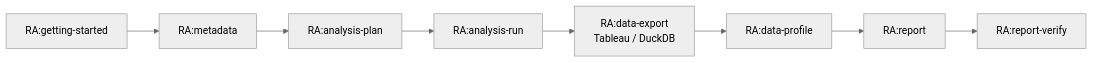
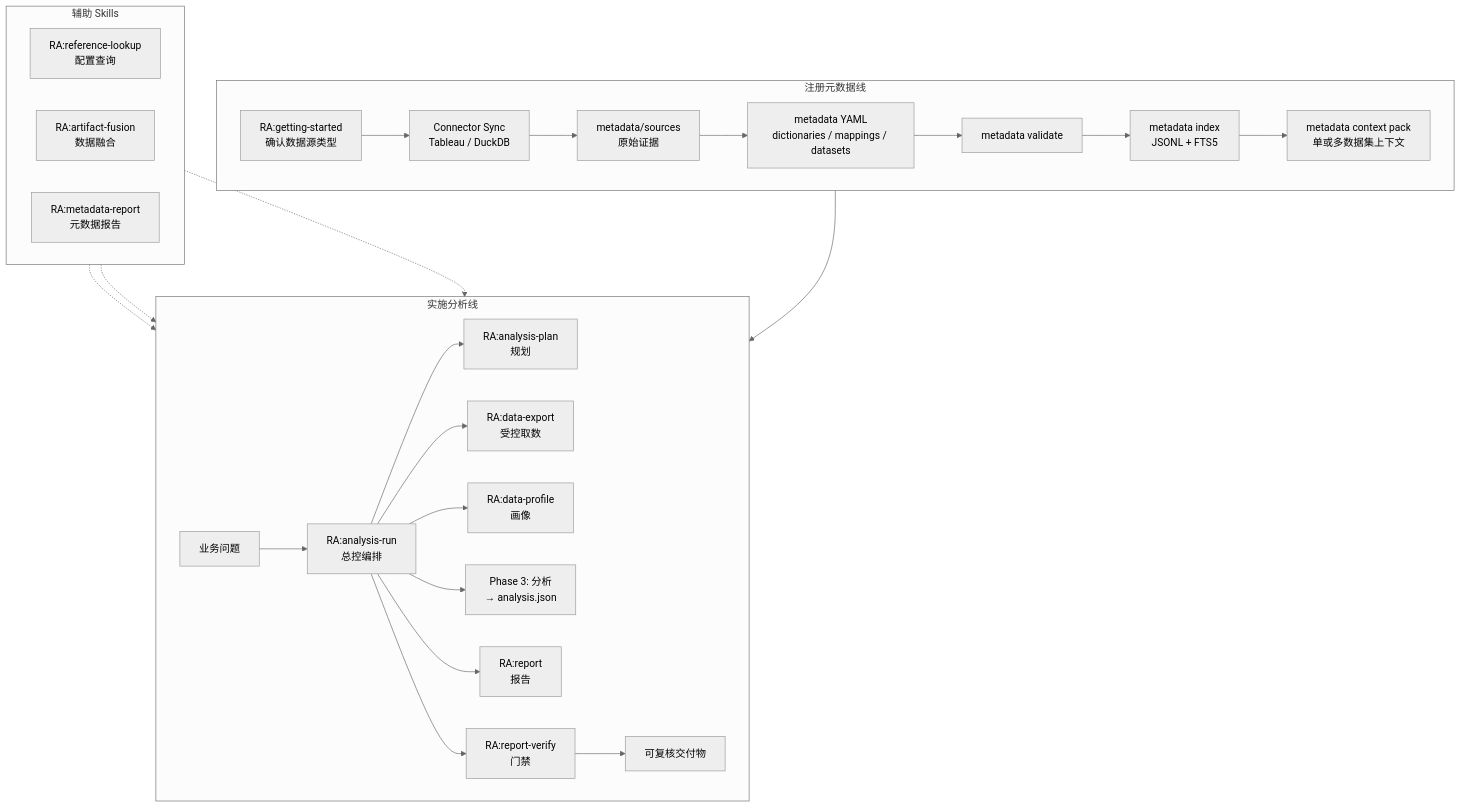
The first of 4 diagrams in skills/README.md (dabaige53/RealAnalyst), drawn with Mermaid (neutral theme) before and after one commit. The commit also changed other lines of this file and 62 other files, not shown here.

````diff
--- a/skills/README.md
+++ b/skills/README.md
@@ -9,10 +31,36 @@
 ```mermaid
-flowchart LR
-    Start[RA:getting-started] --> Meta[RA:metadata]
-    Meta --> Plan[RA:analysis-plan]
-    Plan --> Run[RA:analysis-run]
-    Run --> Export[RA:data-export<br/>Tableau / DuckDB]
-    Export --> Profile[RA:data-profile]
-    Profile --> Report[RA:report]
-    Report --> Verify[RA:report-verify]
+flowchart TB
+    subgraph MetadataLine["注册元数据线"]
+        direction LR
+        GS["RA:getting-started<br/>确认数据源类型"] --> Sync["Connector Sync<br/>Tableau / DuckDB"]
+        Sync --> Sources["metadata/sources<br/>原始证据"]
+        Sources --> YAML["metadata YAML<br/>dictionaries / mappings / datasets"]
+        YAML --> Validate["metadata validate"]
+        Validate --> Index["metadata index<br/>JSONL + FTS5"]
+        Index --> Context["metadata context pack<br/>单或多数据集上下文"]
+    end
+
+    subgraph AnalysisLine["实施分析线"]
+        direction LR
+        Request["业务问题"] --> AR["RA:analysis-run<br/>总控编排"]
+        AR --> Plan["RA:analysis-plan<br/>规划"]
+        AR --> Export["RA:data-export<br/>受控取数"]
+        AR --> Profile["RA:data-profile<br/>画像"]
+        AR --> Analysis["Phase 3: 分析<br/>→ analysis.json"]
+        AR --> Report["RA:report<br/>报告"]
+        AR --> Verify["RA:report-verify<br/>门禁"]
+        Verify --> Delivery["可复核交付物"]
+    end
+
+    subgraph Support["辅助 Skills"]
+        direction LR
+        Ref["RA:reference-lookup<br/>配置查询"]
+        Fusion["RA:artifact-fusion<br/>数据融合"]
+        MR["RA:metadata-report<br/>元数据报告"]
+    end
+
+    Context --> AR
+    Ref -.-> Plan
+    Ref -.-> Report
+    Fusion -.-> Profile
 ```
````
